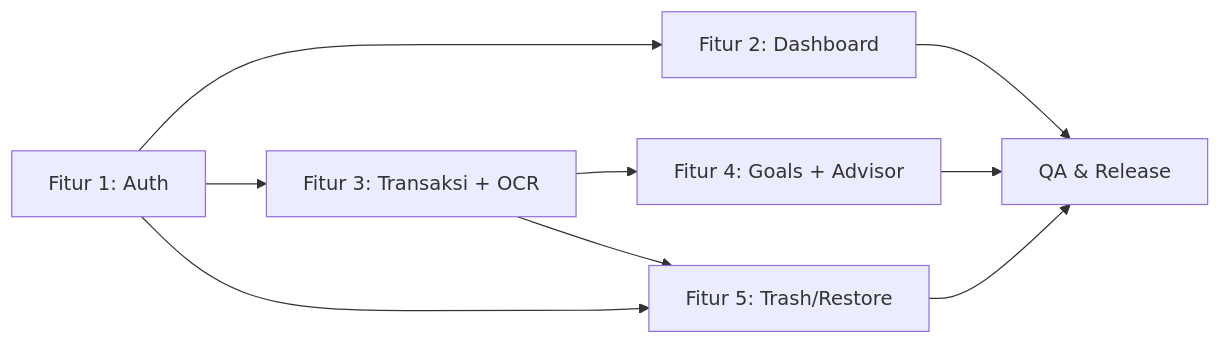
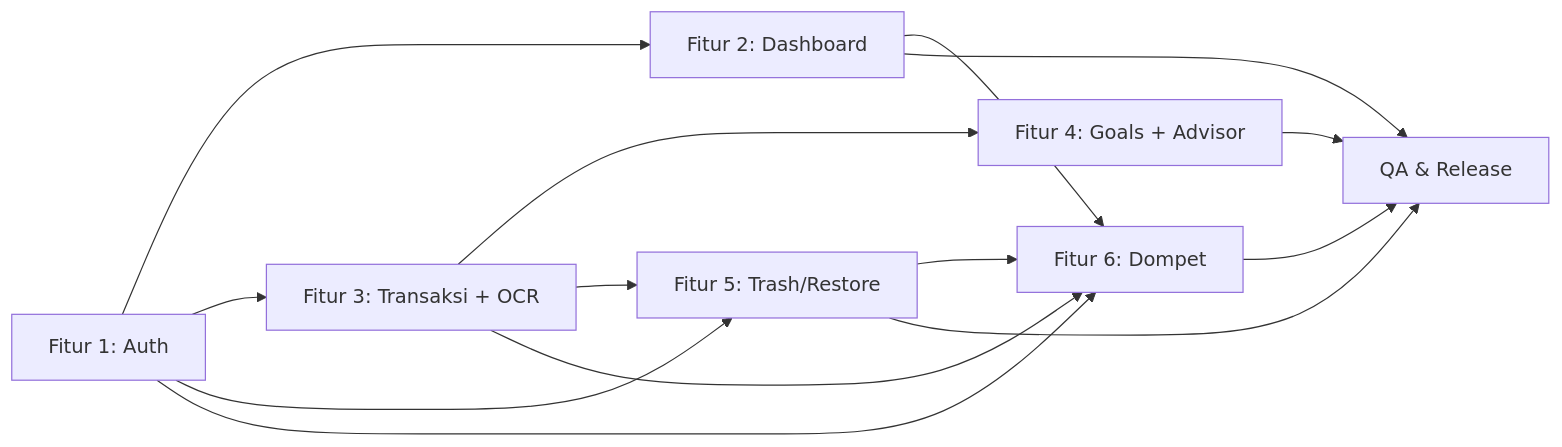
Before and after one commit to arissaputra362/financial-diary: the diagram in docs/PRD.md, drawn with Mermaid. The commit also changed other lines of this file and 193 other files, not shown here.

````diff
--- a/docs/PRD.md
+++ b/docs/PRD.md
@@ -197,11 +292,16 @@
 ```mermaid
 flowchart LR
     F1[Fitur 1: Auth] --> F2[Fitur 2: Dashboard]
     F1 --> F3[Fitur 3: Transaksi + OCR]
     F1 --> F5[Fitur 5: Trash/Restore]
     F3 --> F4[Fitur 4: Goals + Advisor]
     F3 --> F5
+    F1 --> F6[Fitur 6: Dompet]
+    F2 --> F6
+    F3 --> F6
+    F5 --> F6
     F2 --> QA[QA & Release]
     F4 --> QA
     F5 --> QA
+    F6 --> QA
 ```
````
